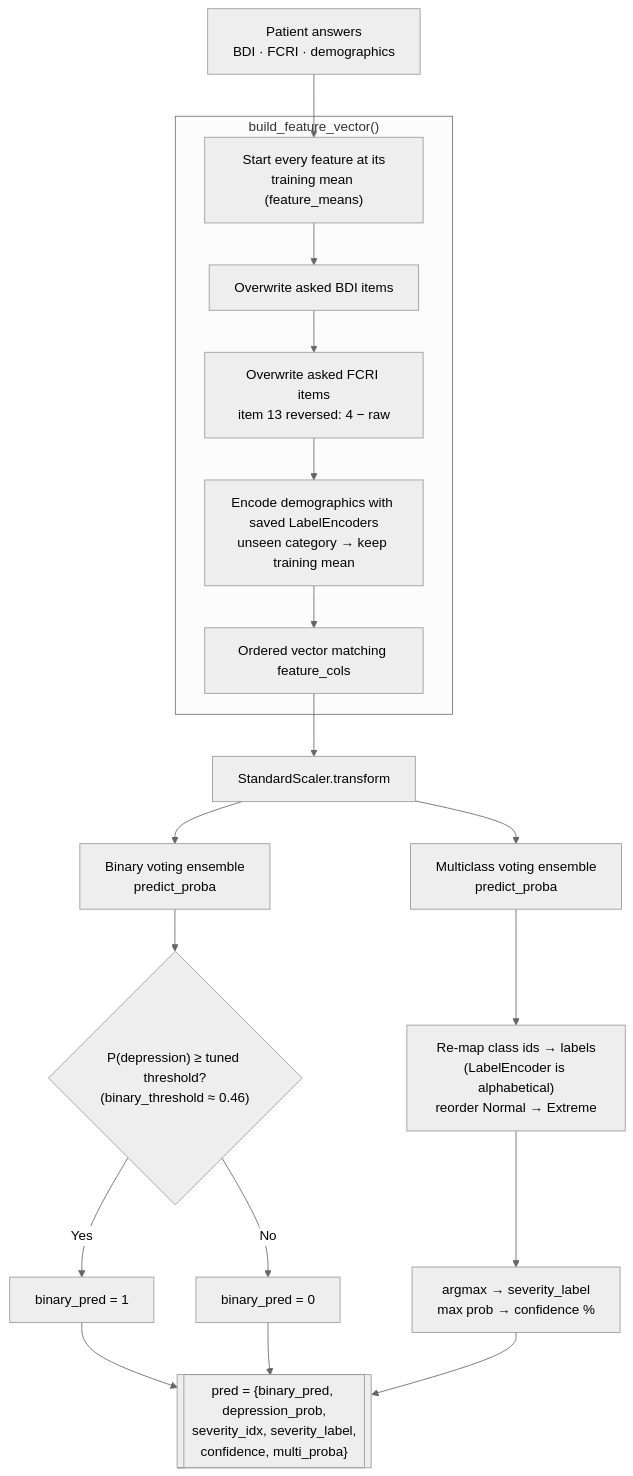
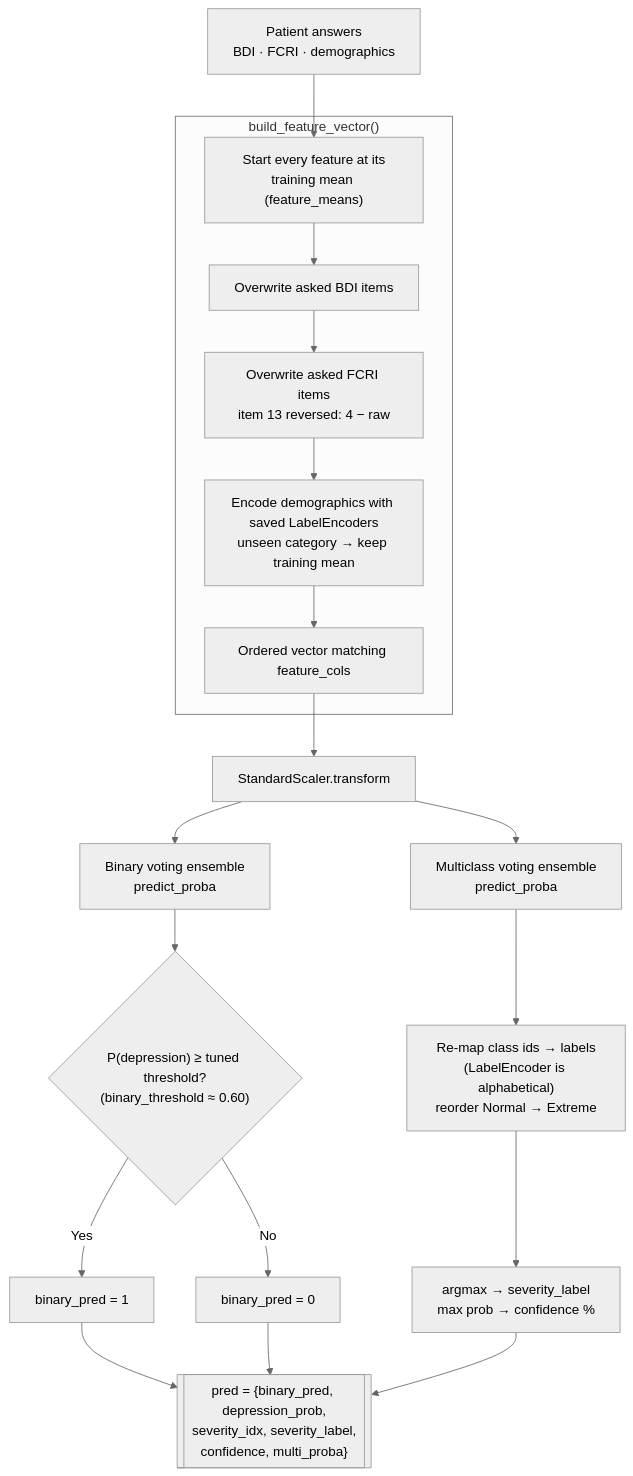
Before and after one commit to Ibrahim60/cancer-depression-v2: the fourth of 6 diagrams in MODEL_FLOW.md, drawn with Mermaid (neutral theme). The commit also changed other lines of this file and 224 other files, not shown here.

````diff
--- a/MODEL_FLOW.md
+++ b/MODEL_FLOW.md
@@ -163,28 +163,28 @@
 ```mermaid
 flowchart TD
     IN["Patient answers<br/>BDI · FCRI · demographics"] --> INIT
 
     subgraph BFV["build_feature_vector()"]
         INIT["Start every feature at its<br/>training mean (feature_means)"] --> FB["Overwrite asked BDI items"]
         FB --> FF["Overwrite asked FCRI items<br/>item 13 reversed: 4 − raw"]
         FF --> FD["Encode demographics with saved LabelEncoders<br/>unseen category → keep training mean"]
         FD --> VEC["Ordered vector matching feature_cols"]
     end
 
     VEC --> SCL["StandardScaler.transform"]
 
     SCL --> BIN["Binary voting ensemble<br/>predict_proba"]
     SCL --> MUL["Multiclass voting ensemble<br/>predict_proba"]
 
-    BIN --> TH{"P(depression) ≥ tuned threshold?<br/>(binary_threshold ≈ 0.46)"}
+    BIN --> TH{"P(depression) ≥ tuned threshold?<br/>(binary_threshold ≈ 0.60)"}
     TH -- Yes --> BP1["binary_pred = 1"]
     TH -- No --> BP0["binary_pred = 0"]
 
     MUL --> REORD["Re-map class ids → labels<br/>(LabelEncoder is alphabetical)<br/>reorder Normal → Extreme"]
     REORD --> ARG["argmax → severity_label<br/>max prob → confidence %"]
 
     BP1 --> OUT
     BP0 --> OUT
     ARG --> OUT
     OUT[["pred = {binary_pred, depression_prob,<br/>severity_idx, severity_label,<br/>confidence, multi_proba}"]]
 ```
````
